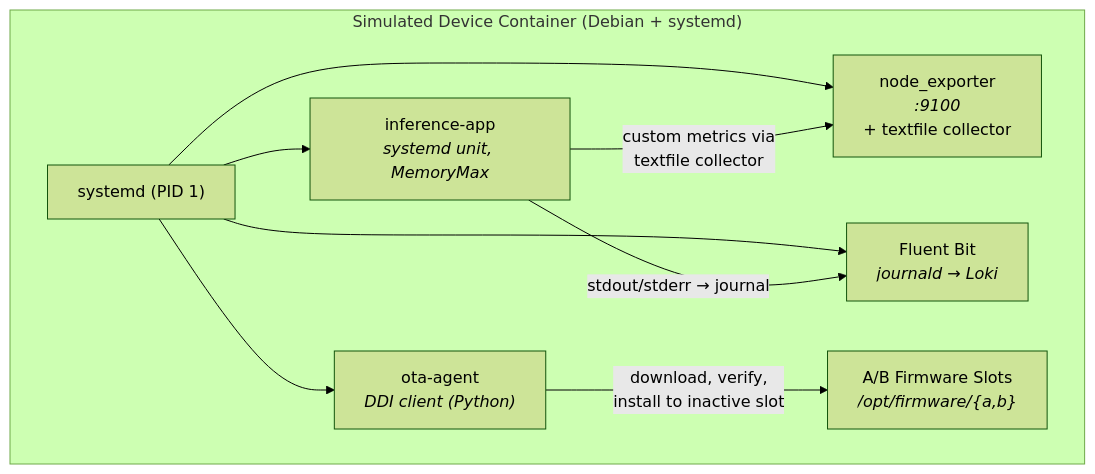
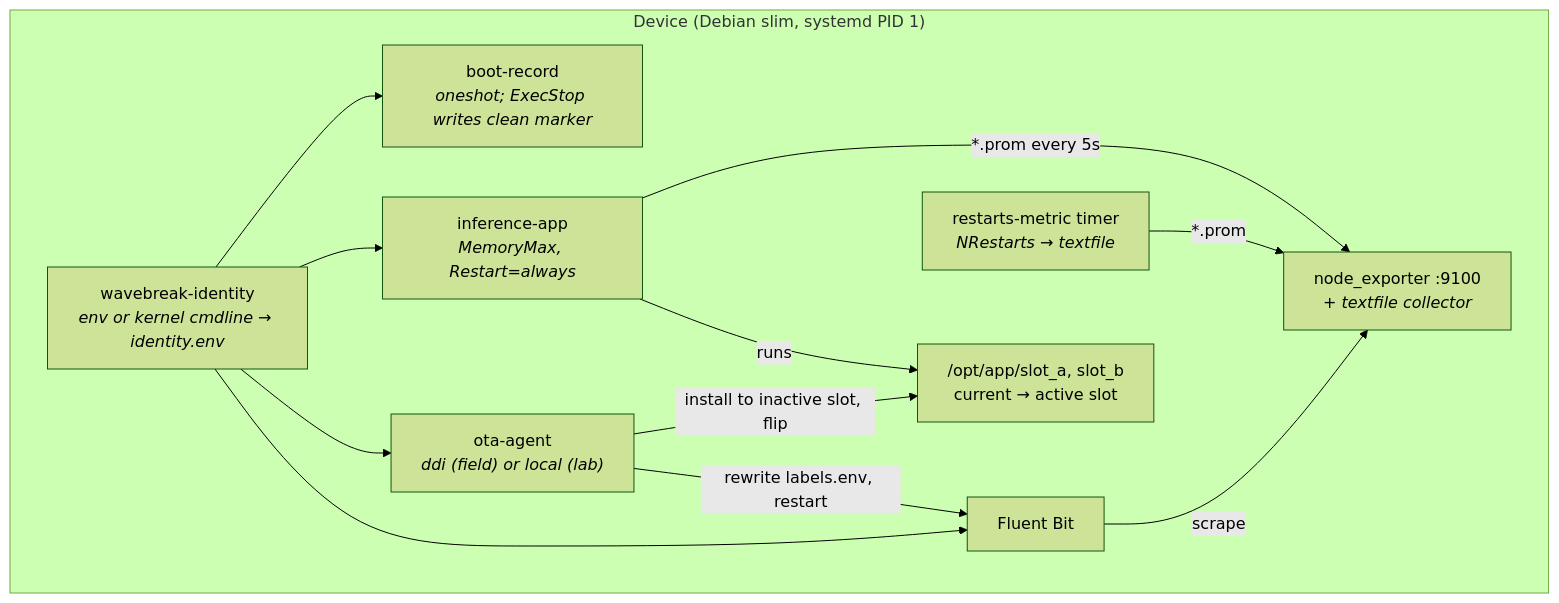
The third of 8 diagrams in docs/architecture.md (phoenixsac/wavebreak), drawn with Mermaid (forest theme) before and after one commit. The commit also changed other lines of this file and 10 other files, not shown here.

````diff
--- a/docs/architecture.md
+++ b/docs/architecture.md
@@ -98,16 +114,21 @@
 ```mermaid
 flowchart TB
-    subgraph device["Simulated Device Container (Debian + systemd)"]
-        systemd["systemd (PID 1)"]
-        ne["node_exporter<br/><i>:9100</i><br/>+ textfile collector"]
-        fb["Fluent Bit<br/><i>journald → Loki</i>"]
-        app["inference-app<br/><i>systemd unit, MemoryMax</i>"]
-        ota["ota-agent<br/><i>DDI client (Python)</i>"]
-        slots["A/B Firmware Slots<br/><i>/opt/firmware/{a,b}</i>"]
+    subgraph dev["Device (Debian slim, systemd PID 1)"]
+        ident["wavebreak-identity<br/><i>env or kernel cmdline → identity.env</i>"]
+        boot["boot-record<br/><i>oneshot; ExecStop writes clean marker</i>"]
+        app["inference-app<br/><i>MemoryMax, Restart=always</i>"]
+        rst["restarts-metric timer<br/><i>NRestarts → textfile</i>"]
+        ne["node_exporter :9100<br/><i>+ textfile collector</i>"]
+        fb["Fluent Bit"]
+        ota["ota-agent<br/><i>ddi (field) or local (lab)</i>"]
+        slots["/opt/app/slot_a, slot_b<br/>current → active slot"]
     end
 
-    systemd --> ne & fb & app & ota
-    ota -- "download, verify,<br/>install to inactive slot" --> slots
-    app -- "custom metrics via<br/>textfile collector" --> ne
-    app -- "stdout/stderr → journal" --> fb
+    ident --> boot & app & ota & fb
+    app -- "*.prom every 5s" --> ne
+    rst -- "*.prom" --> ne
+    fb -- "scrape" --> ne
+    ota -- "install to inactive slot, flip" --> slots
+    app -- "runs" --> slots
+    ota -- "rewrite labels.env, restart" --> fb
 ```
````
